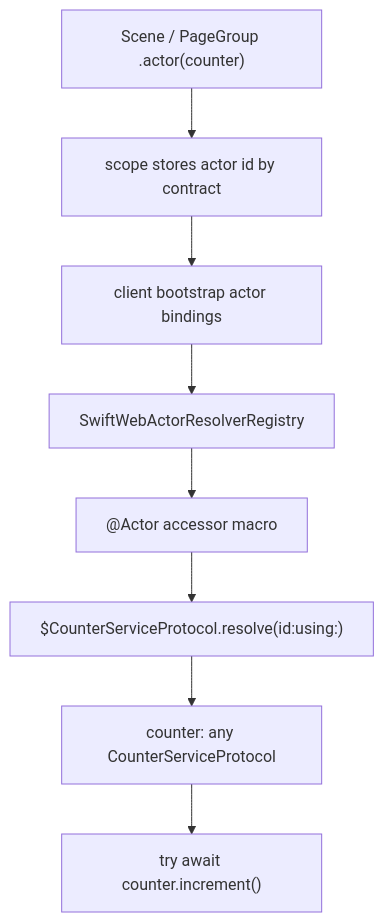
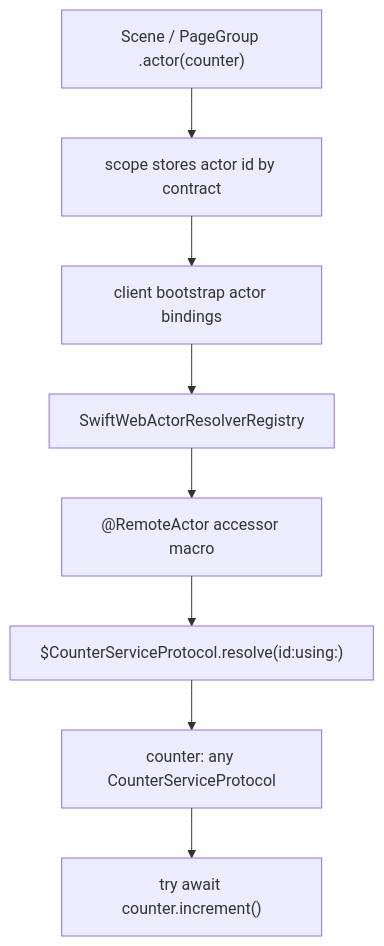
The first of 2 diagrams in docs/ActorInjectionDesign.md (1amageek/swift-web), drawn with Mermaid before and after one commit. The commit also changed other lines of this file and 18 other files, not shown here.

````diff
--- a/docs/ActorInjectionDesign.md
+++ b/docs/ActorInjectionDesign.md
@@ -10,10 +10,10 @@
 ```mermaid
 flowchart TD
   A["Scene / PageGroup .actor(counter)"] --> B["scope stores actor id by contract"]
   B --> C["client bootstrap actor bindings"]
   C --> D["SwiftWebActorResolverRegistry"]
-  D --> E["@Actor accessor macro"]
+  D --> E["@RemoteActor accessor macro"]
   E --> F["$CounterServiceProtocol.resolve(id:using:)"]
   F --> G["counter: any CounterServiceProtocol"]
   G --> H["try await counter.increment()"]
 ```
````
